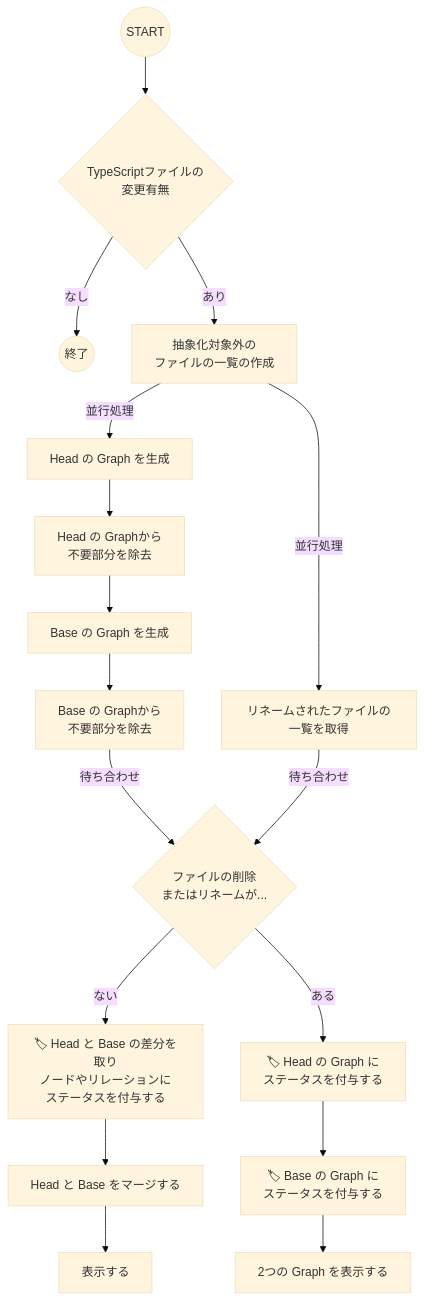
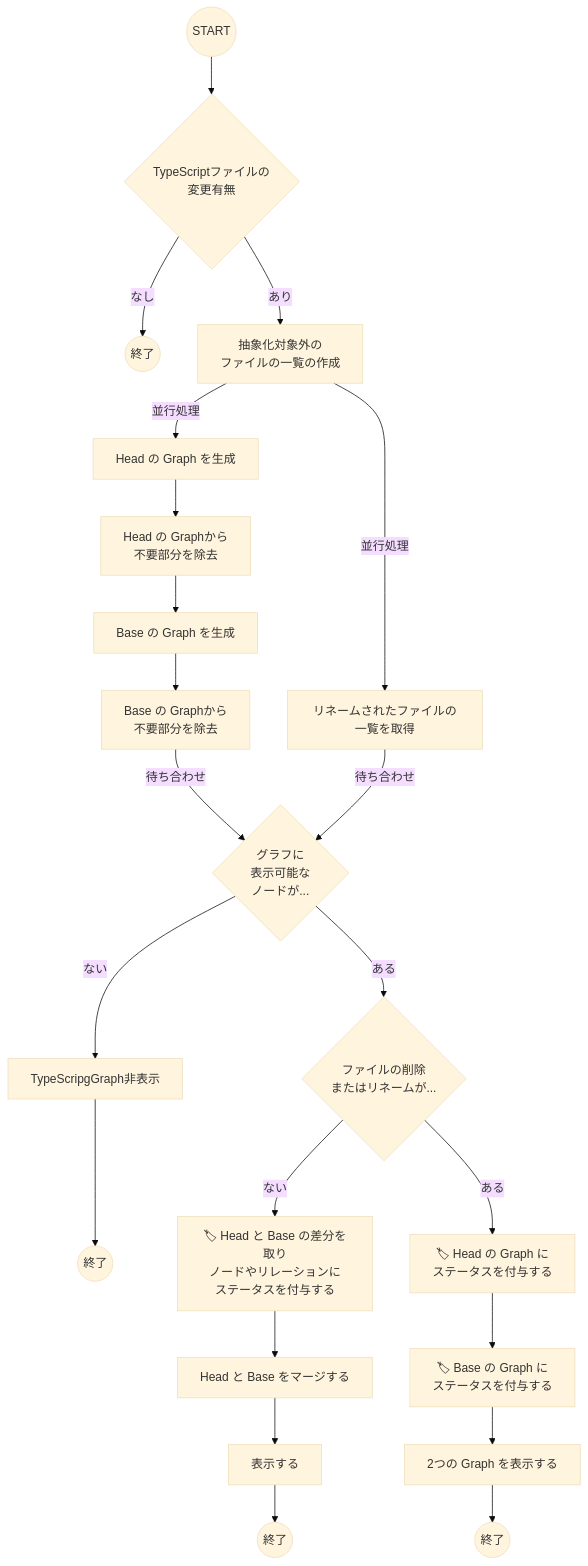
One commit to ysk8hori/typescript-graph changed the diagram in danger-design.md. Above: the diagram before and after it, drawn with Mermaid (base theme). The commit also changed 1 other file, not shown here.

Commit message:
danger: 表示可能なノードがない場合は何もせず終了する

````diff
--- a/danger-design.md
+++ b/danger-design.md
@@ -3,29 +3,32 @@
 ```mermaid
 flowchart
   Start((START))-->TsfileModifiers{"TypeScriptファイルの<br>変更有無"}
   TsfileModifiers-->|なし|end1((終了))
   TsfileModifiers-->|あり|GetNoAbstraction["抽象化対象外の<br>ファイルの一覧の作成"]
 
   GetNoAbstraction-->|並行処理|GenerateHeadGraph["Head の Graph を生成"]
   GenerateHeadGraph-->FilterHeadGraph["Head の Graphから<br>不要部分を除去"]
   FilterHeadGraph-->GenerateBaseGraph["Base の Graph を生成"]
   GenerateBaseGraph-->FilterBaseGraph["Base の Graphから<br>不要部分を除去"]
 
   GetNoAbstraction-->|並行処理|GetRename["リネームされたファイルの一覧を取得"]
 
+  ExistsNode{グラフに<br>表示可能な<br>ノードが...}
+  ExistsNode-->|ない|TypeScripgGraph非表示-->end2((終了))
+  ExistsNode-->|ある|JudgeGraphAmmounts
+  FilterBaseGraph-->|待ち合わせ|ExistsNode
+  GetRename-->|待ち合わせ|ExistsNode
   JudgeGraphAmmounts{"ファイルの削除<br>またはリネームが..."}
-  FilterBaseGraph-->|待ち合わせ|JudgeGraphAmmounts
-  GetRename-->|待ち合わせ|JudgeGraphAmmounts
 
   %% 1つの Graph
   JudgeGraphAmmounts-->|ない|GetDiff["🏷 Head と Base の差分を取り<br>ノードやリレーションに<br>ステータスを付与する"]
   GetDiff-->MergeGraph["Head と Base をマージする"]
-  MergeGraph-->表示する
+  MergeGraph-->表示する-->end3((終了))
 
   %% 2つの Graph
   JudgeGraphAmmounts-->|ある|AddStatusToHead["🏷 Head の Graph に<br>ステータスを付与する"]
   AddStatusToHead-->AddStatusToBase["🏷 Base の Graph に<br>ステータスを付与する"]
-  AddStatusToBase-->Display2Graph["2つの Graph を表示する"]
+  AddStatusToBase-->Display2Graph["2つの Graph を表示する"]-->end4((終了))
 
 
 ```
````
